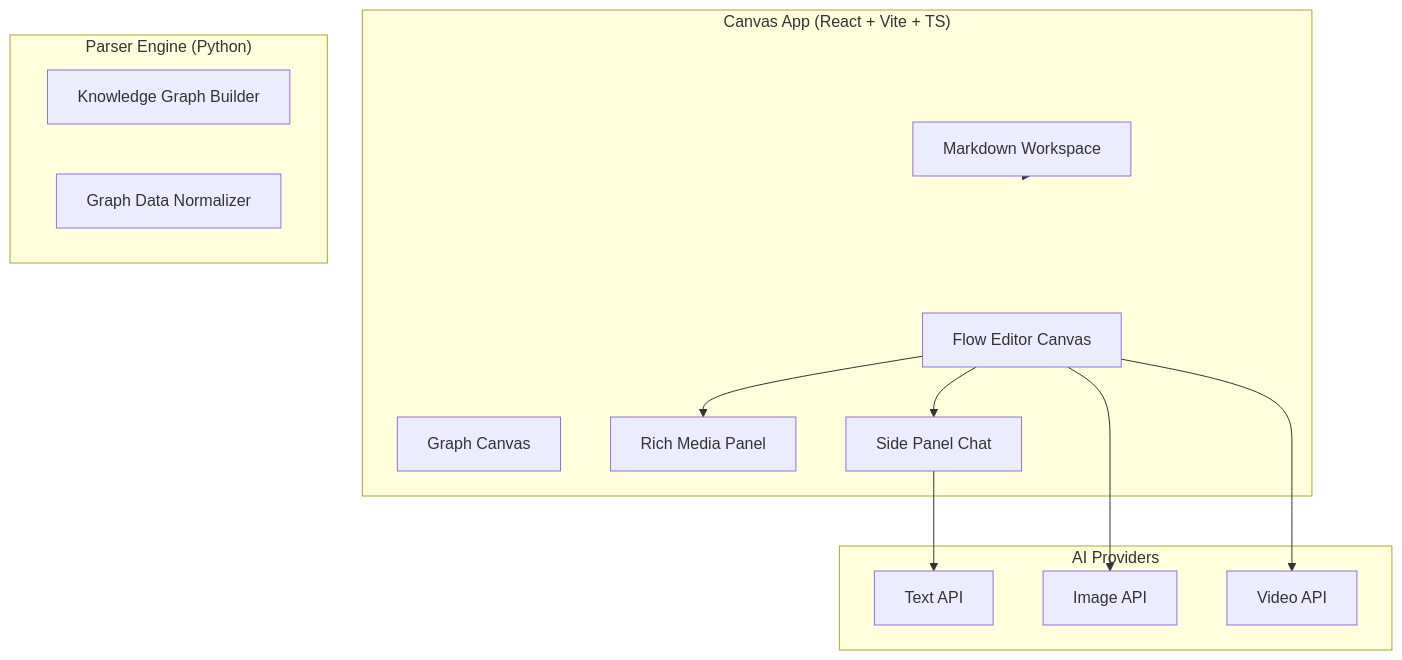
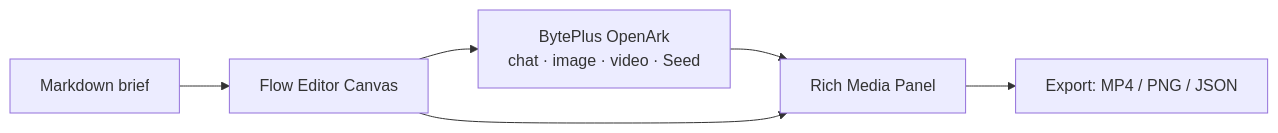
Before and after one commit to huijoohwee/knowgrph: the second of 2 diagrams in README.md, drawn with Mermaid. The commit also changed other lines of this file and 215 other files, not shown here.

First line of the commit message:
refactor: centralize graph lookup caching across canvas components

````diff
--- a/README.md
+++ b/README.md
@@ -360,24 +304,8 @@
 ```mermaid
-flowchart TB
-  subgraph Frontend ["Canvas App (React + Vite + TS)"]
-    FC[Flow Editor Canvas]
-    GC[Graph Canvas]
-    MC[Markdown Workspace]
-    RMP[Rich Media Panel]
-    SP[Side Panel Chat]
-  end
-  subgraph AI ["AI Providers"]
-    BPChat[Text API]
-    BPImg[Image API]
-    BPVid[Video API]
-  end
-  subgraph Backend ["Parser Engine (Python)"]
-    KB[Knowledge Graph Builder]
-    GP[Graph Data Normalizer]
-  end
-  FC --> SP --> BPChat
-  FC --> BPImg
-  FC --> BPVid
+flowchart LR
+  MD[Markdown brief] --> FC[Flow Editor Canvas]
+  FC --> BP["BytePlus OpenArk\nchat · image · video · Seed"]
+  BP --> RMP[Rich Media Panel]
   FC --> RMP
-  MC --> Frontend
+  RMP --> EXP["Export: MP4 / PNG / JSON"]
 ```
````
